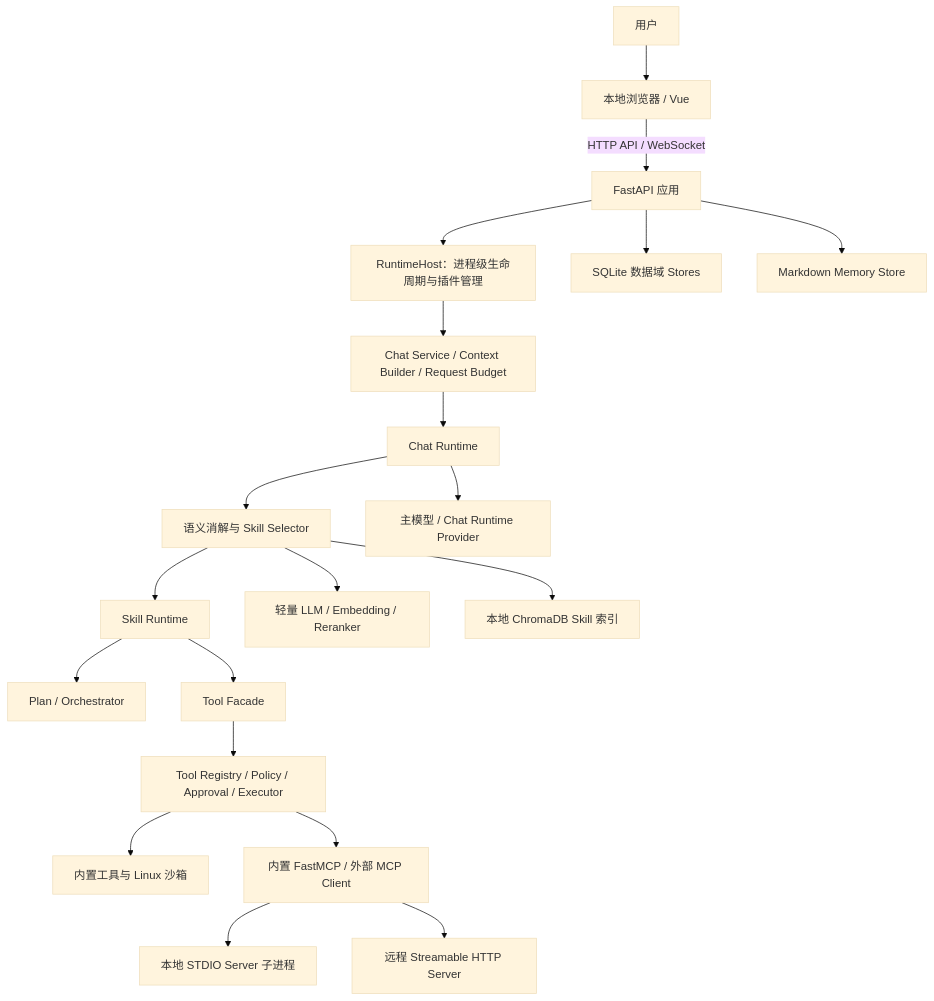
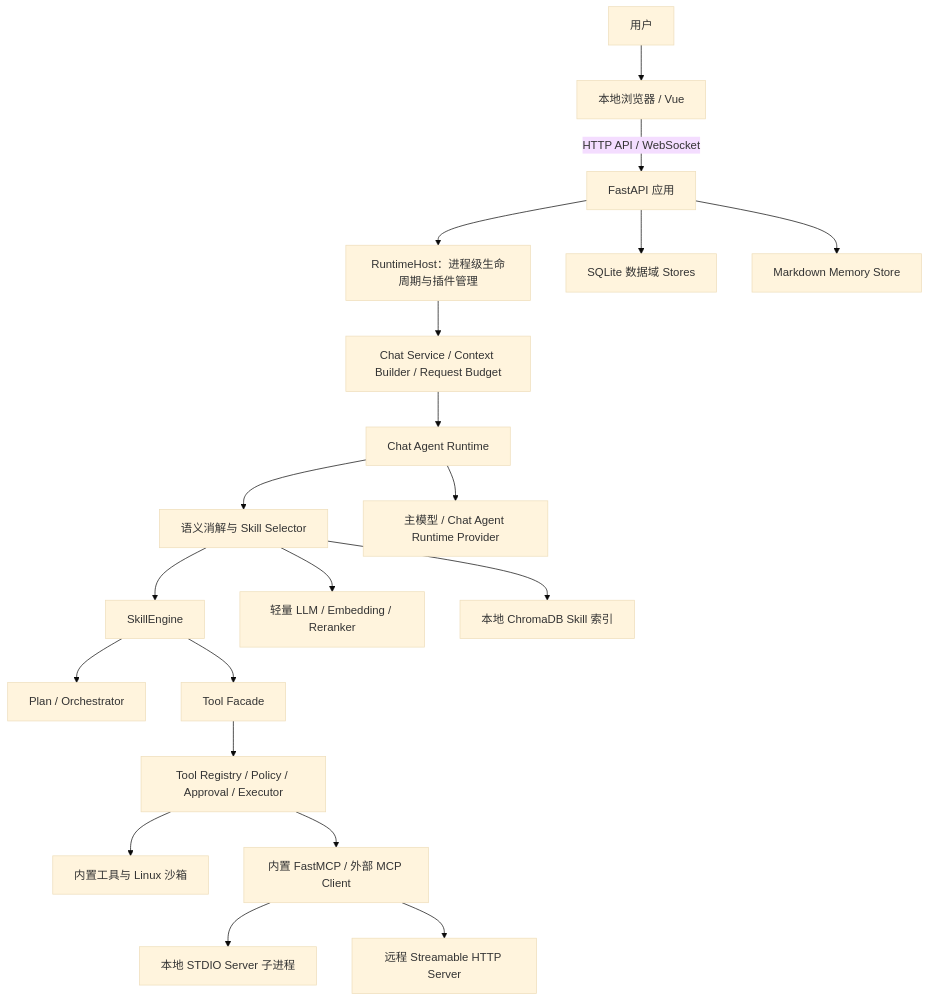
Before and after one commit to ma311199/hostpilot: the diagram in docs/新架构文档.md, drawn with Mermaid (base theme). The commit also changed other lines of this file and 175 other files, not shown here.

````diff
--- a/docs/新架构文档.md
+++ b/docs/新架构文档.md
@@ -9,22 +9,22 @@
 ```mermaid
 flowchart TD
     U[用户] --> WEB[本地浏览器 / Vue]
     WEB -->|HTTP API / WebSocket| API[FastAPI 应用]
     API --> HOST[RuntimeHost：进程级生命周期与插件管理]
     HOST --> CHAT[Chat Service / Context Builder / Request Budget]
-    CHAT --> RT[Chat Runtime]
+    CHAT --> RT[Chat Agent Runtime]
     RT --> SEL[语义消解与 Skill Selector]
-    SEL --> SK[Skill Runtime]
+    SEL --> SK[SkillEngine]
     SK --> PLAN[Plan / Orchestrator]
     SK --> TF[Tool Facade]
     TF --> POLICY[Tool Registry / Policy / Approval / Executor]
     POLICY --> LOCAL[内置工具与 Linux 沙箱]
     POLICY --> MCP[内置 FastMCP / 外部 MCP Client]
     MCP --> STDIO[本地 STDIO Server 子进程]
     MCP --> HTTP[远程 Streamable HTTP Server]
-    RT --> MODEL[主模型 / Chat Runtime Provider]
+    RT --> MODEL[主模型 / Chat Agent Runtime Provider]
     SEL --> ROUTEMODEL[轻量 LLM / Embedding / Reranker]
     API --> STORE[SQLite 数据域 Stores]
     API --> MEM[Markdown Memory Store]
     SEL --> CHROMA[本地 ChromaDB Skill 索引]
 ```
````
